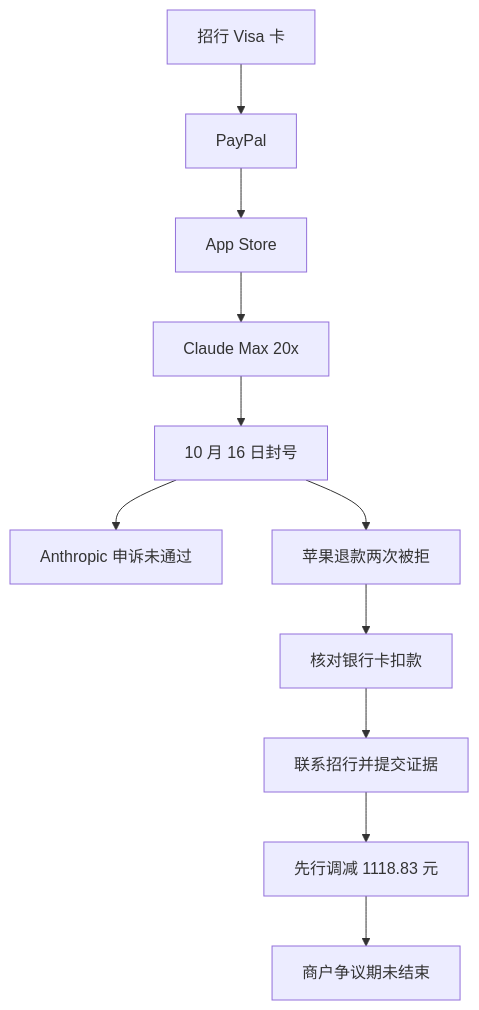
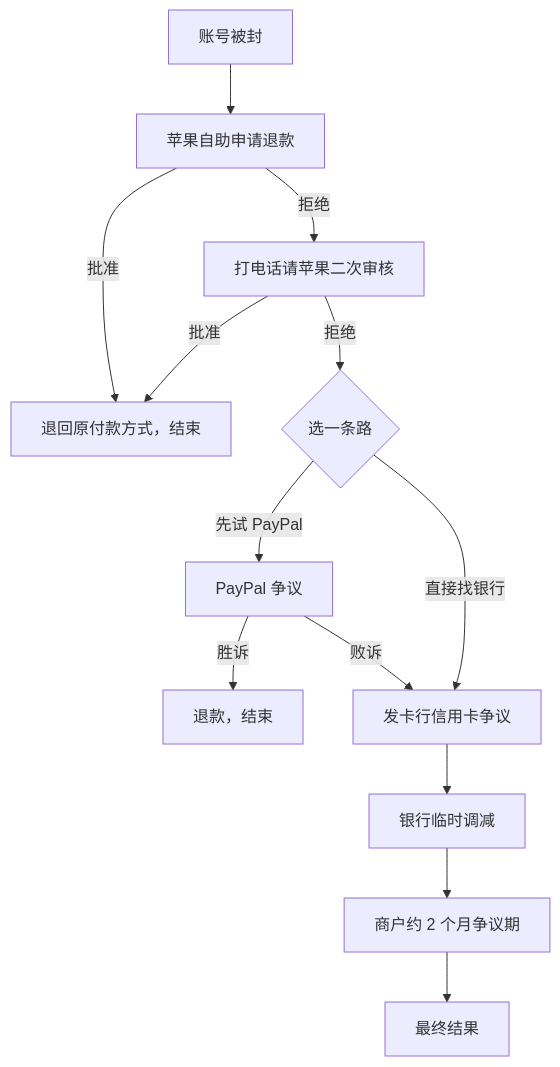
The second of 2 diagrams in README.md (Fl0r4nge/claude-subscription-dispute), drawn with Mermaid before and after one commit. The commit also changed other lines of this file and 12 other files, not shown here.

````diff
--- a/README.md
+++ b/README.md
@@ -9,11 +249,15 @@
 ```mermaid
 flowchart TD
-  A[招行 Visa 卡] --> B[PayPal] --> C[App Store] --> D[Claude Max 20x]
-  D --> E[10 月 16 日封号]
-  E --> F[Anthropic 申诉未通过]
-  E --> G[苹果退款两次被拒]
-  G --> H[核对银行卡扣款]
-  H --> I[联系招行并提交证据]
-  I --> J[先行调减 1118.83 元]
-  J --> K[商户争议期未结束]
+  A[账号被封] --> B[苹果自助申请退款]
+  B -->|批准| OK1[退回原付款方式，结束]
+  B -->|拒绝| C[打电话请苹果二次审核]
+  C -->|批准| OK1
+  C -->|拒绝| D{选一条路}
+  D -->|先试 PayPal| E[PayPal 争议]
+  E -->|胜诉| OK2[退款，结束]
+  E -->|败诉| F[发卡行信用卡争议]
+  D -->|直接找银行| F
+  F --> G[银行临时调减]
+  G --> H[商户约 2 个月争议期]
+  H --> I[最终结果]
 ```
````
